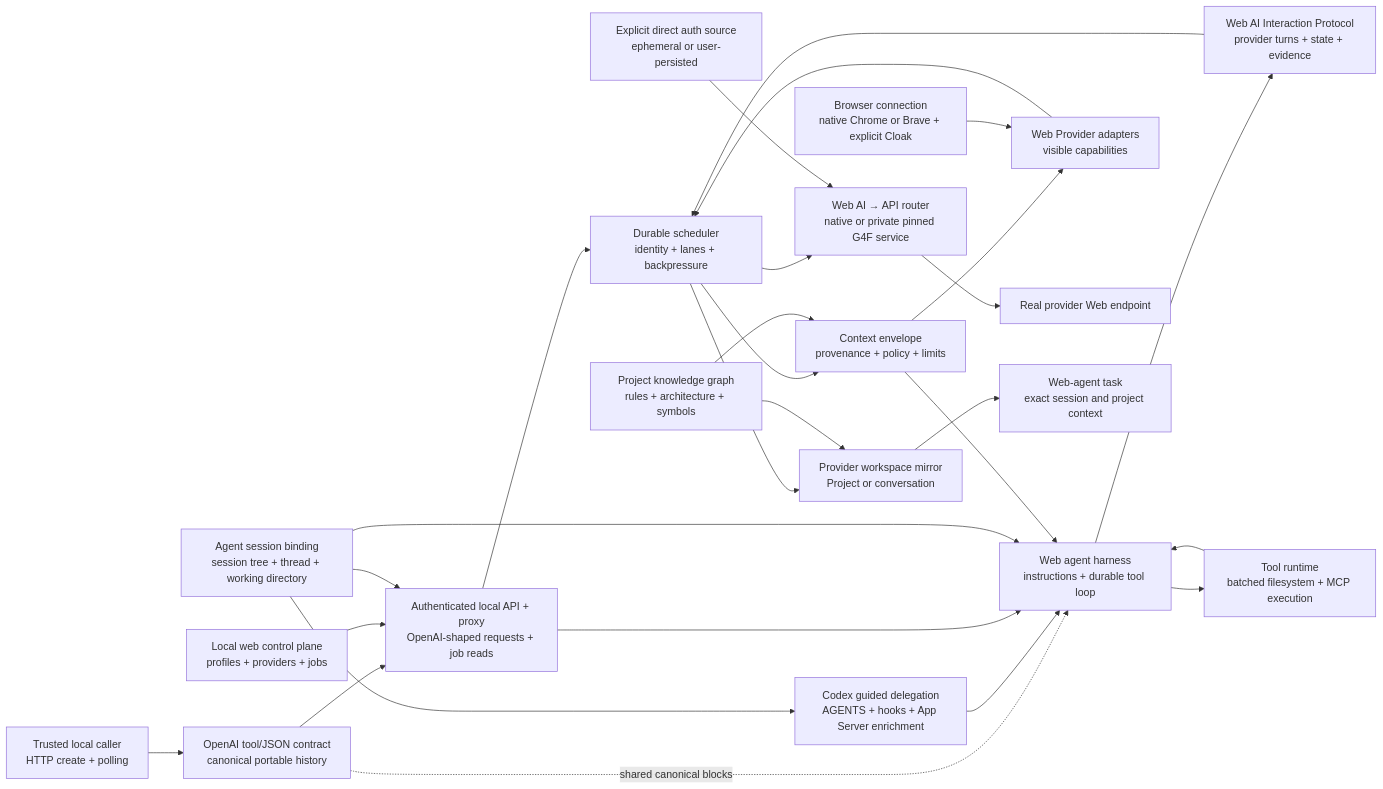
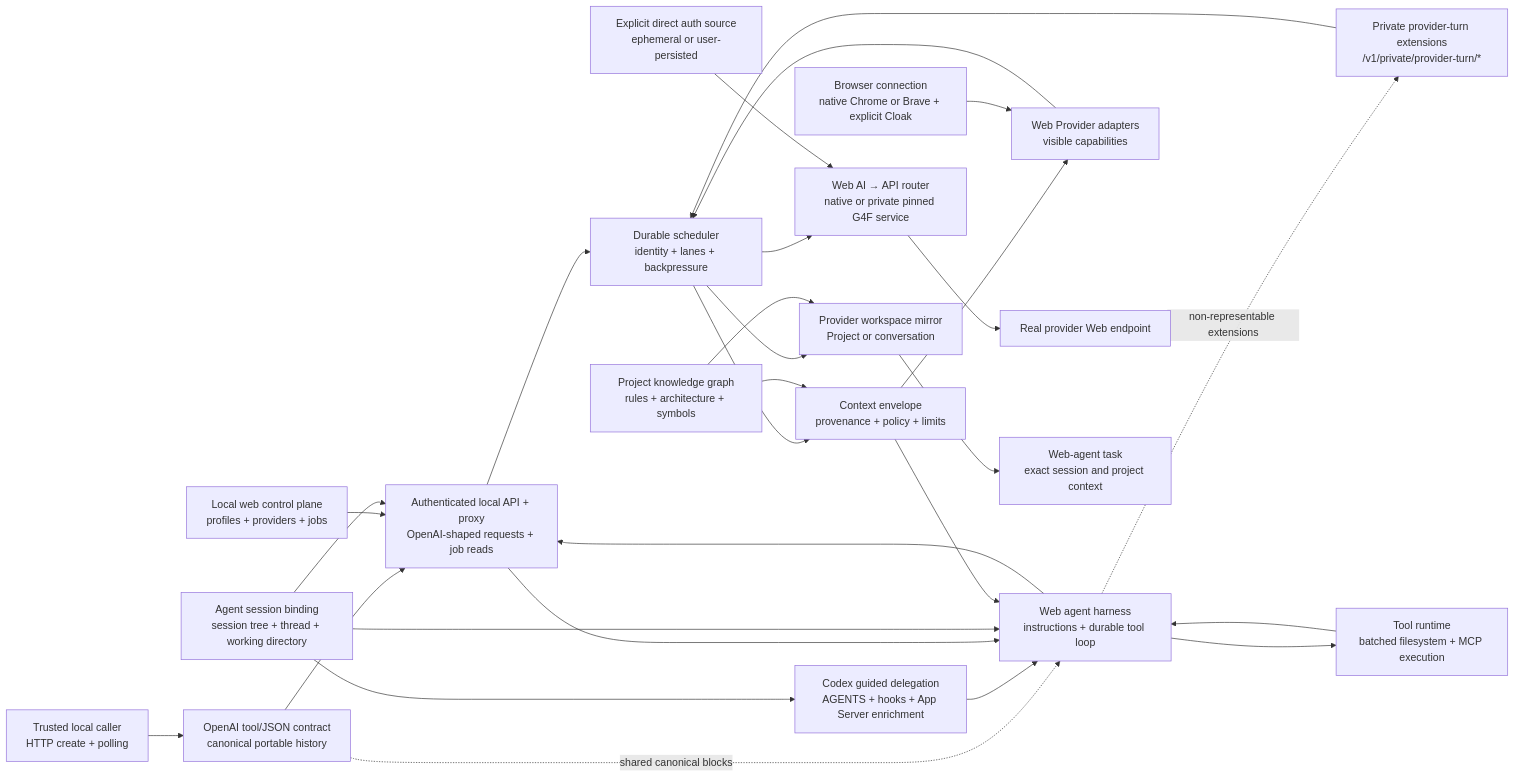
One commit to jazelly/tokenless changed the diagram in docs/roadmaps/README.md. Above: the diagram before and after it, drawn with Mermaid. The commit also changed other lines of this file and 79 other files, not shown here.

Commit message:
refactor(api): namespace private contracts and routes

````diff
--- a/docs/roadmaps/README.md
+++ b/docs/roadmaps/README.md
@@ -80,49 +79,50 @@
 ```mermaid
 flowchart LR
   Caller["Trusted local caller<br/>HTTP create + polling"]
   UI["Local web control plane<br/>profiles + providers + jobs"]
   Compat["OpenAI tool/JSON contract<br/>canonical portable history"]
   API["Authenticated local API + proxy<br/>OpenAI-shaped requests + job reads"]
   Session["Agent session binding<br/>session tree + thread + working directory"]
   Codex["Codex guided delegation<br/>AGENTS + hooks + App Server enrichment"]
   Scheduler["Durable scheduler<br/>identity + lanes + backpressure"]
   Context["Context envelope<br/>provenance + policy + limits"]
   Harness["Web agent harness<br/>instructions + durable tool loop"]
-  Protocol["Web AI Interaction Protocol<br/>provider turns + state + evidence"]
+  Private["Private provider-turn extensions<br/>/v1/private/provider-turn/*"]
   Tools["Tool runtime<br/>batched filesystem + MCP execution"]
   Graph["Project knowledge graph<br/>rules + architecture + symbols"]
   Browser["Browser connection<br/>native Chrome or Brave + explicit Cloak"]
   Provider["Web Provider adapters<br/>visible capabilities"]
   Auth["Explicit direct auth source<br/>ephemeral or user-persisted"]
   Direct["Web AI → API router<br/>native or private pinned G4F service"]
   Endpoint["Real provider Web endpoint"]
   Workspace["Provider workspace mirror<br/>Project or conversation"]
   Task["Web-agent task<br/>exact session and project context"]
 
   Caller --> Compat
   Compat --> API
   Compat -. shared canonical blocks .-> Harness
   UI --> API
   Session --> API
   Session --> Codex
   Codex --> Harness
   API --> Scheduler
   Scheduler --> Context
   Graph --> Context
   API --> Harness
   Session --> Harness
   Context --> Harness
-  Harness --> Protocol
-  Protocol --> Scheduler
+  Harness --> API
+  Harness -. non-representable extensions .-> Private
+  Private --> Scheduler
   Harness --> Tools
   Tools --> Harness
   Context --> Provider
   Browser --> Provider
   Provider --> Scheduler
   Scheduler --> Direct
   Auth --> Direct
   Direct --> Endpoint
   Scheduler --> Workspace
   Graph --> Workspace
   Workspace --> Task
 ```
````
